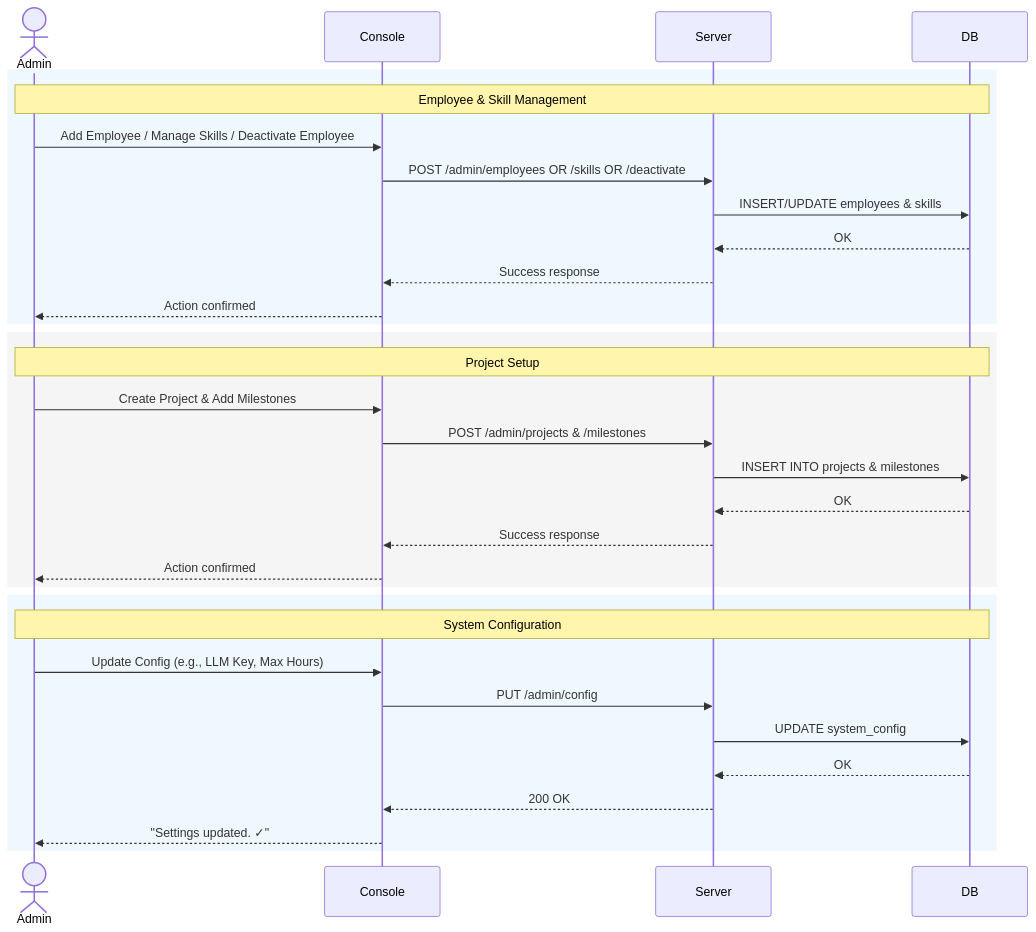
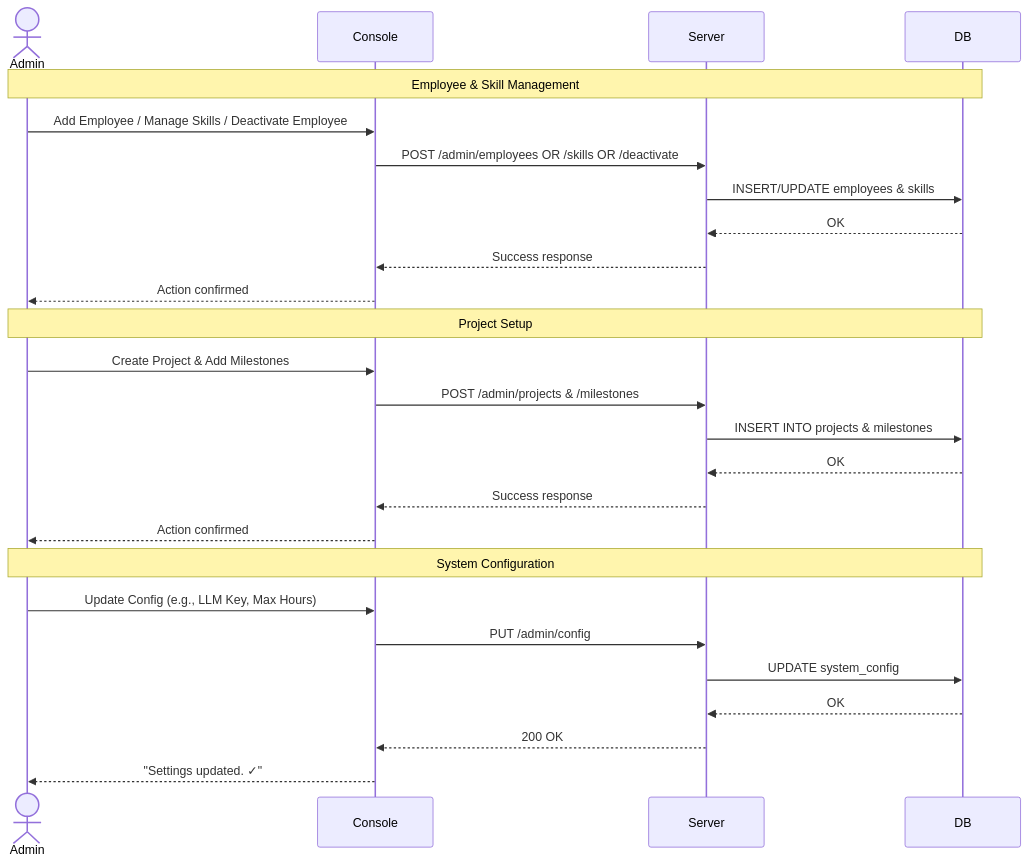
Before and after one commit to RiyaAmetaITT/Project-Resource-Management-tool: the second of 5 diagrams in UML Design/sequence_diagrams.md, drawn with Mermaid. The commit also changed other lines of this file, not shown here.

Commit message:
Changed sequnce diagram

````diff
--- a/UML Design/sequence_diagrams.md
+++ b/UML Design/sequence_diagrams.md
@@ -62,37 +58,31 @@
 ```mermaid
 sequenceDiagram
     actor Admin
     participant Console
     participant Server
     participant DB
 
-    rect rgb(240, 248, 255)
     Note over Admin,DB: Employee & Skill Management
     Admin->>Console: Add Employee / Manage Skills / Deactivate Employee
     Console->>Server: POST /admin/employees OR /skills OR /deactivate
     Server->>DB: INSERT/UPDATE employees & skills
     DB-->>Server: OK
     Server-->>Console: Success response
     Console-->>Admin: Action confirmed
-    end
 
-    rect rgb(245, 245, 245)
     Note over Admin,DB: Project Setup
     Admin->>Console: Create Project & Add Milestones
     Console->>Server: POST /admin/projects & /milestones
     Server->>DB: INSERT INTO projects & milestones
     DB-->>Server: OK
     Server-->>Console: Success response
     Console-->>Admin: Action confirmed
-    end
     
-    rect rgb(240, 248, 255)
     Note over Admin,DB: System Configuration
     Admin->>Console: Update Config (e.g., LLM Key, Max Hours)
     Console->>Server: PUT /admin/config
     Server->>DB: UPDATE system_config
     DB-->>Server: OK
     Server-->>Console: 200 OK
     Console-->>Admin: "Settings updated. ✓"
-    end
 ```
````
